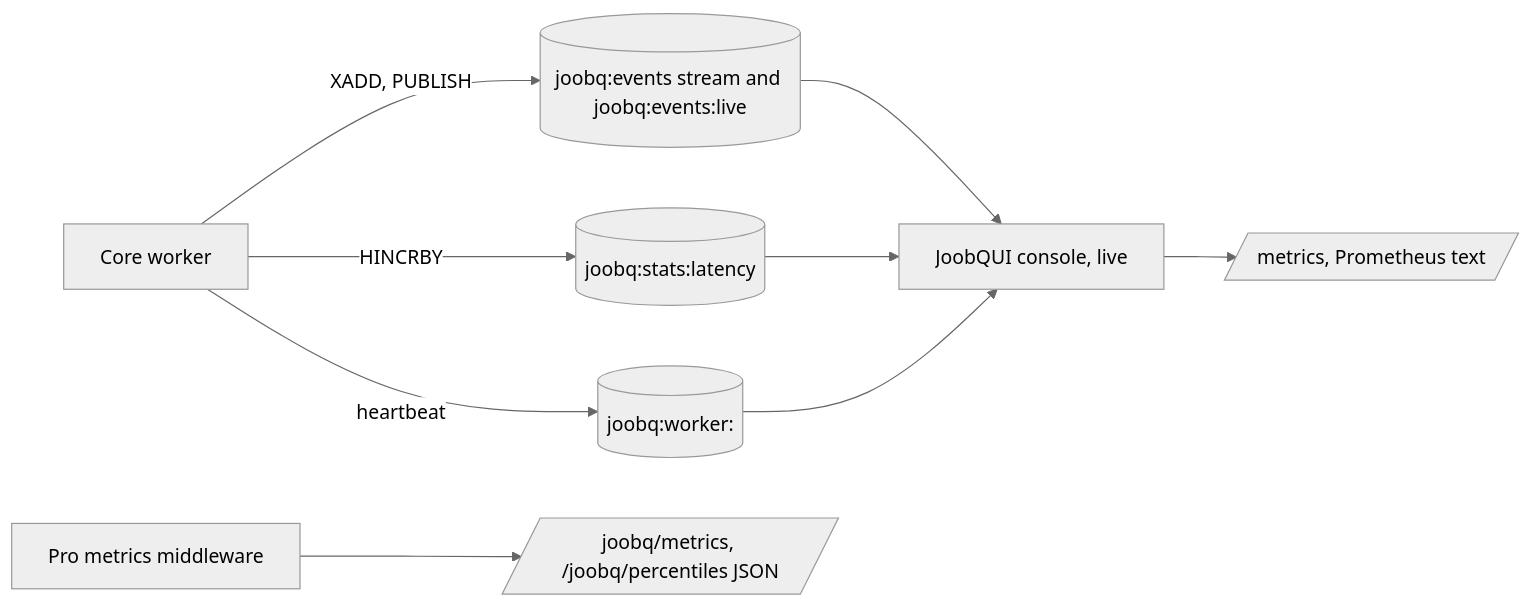
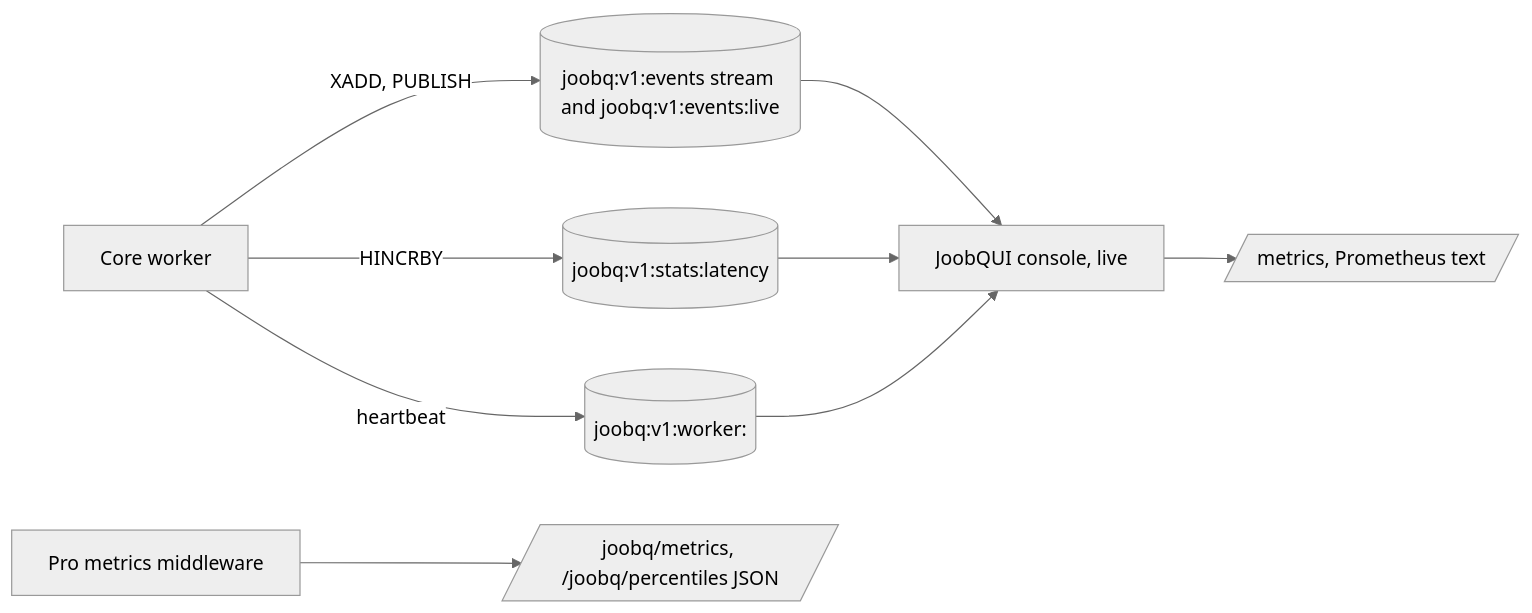
The diagram in docs/explanation/metrics-and-observability.md (azutoolkit/joobq), drawn with Mermaid (neutral theme) before and after one commit. The commit also changed other lines of this file and 20 other files, not shown here.

````diff
--- a/docs/explanation/metrics-and-observability.md
+++ b/docs/explanation/metrics-and-observability.md
@@ -19,11 +19,11 @@
 ```mermaid
 flowchart LR
-  W[Core worker] -->|XADD, PUBLISH| E[(joobq:events stream and joobq:events:live)]
-  W -->|HINCRBY| L[(joobq:stats:latency)]
-  W -->|heartbeat| R[(joobq:worker:<id>)]
+  W[Core worker] -->|XADD, PUBLISH| E[(joobq:v1:events stream and joobq:v1:events:live)]
+  W -->|HINCRBY| L[(joobq:v1:stats:latency)]
+  W -->|heartbeat| R[(joobq:v1:worker:<id>)]
   E --> UI[JoobQUI console, live]
   L --> UI
   R --> UI
   UI --> M[/metrics, Prometheus text/]
   P[Pro metrics middleware] --> J[/joobq/metrics, /joobq/percentiles JSON/]
 ```
````
